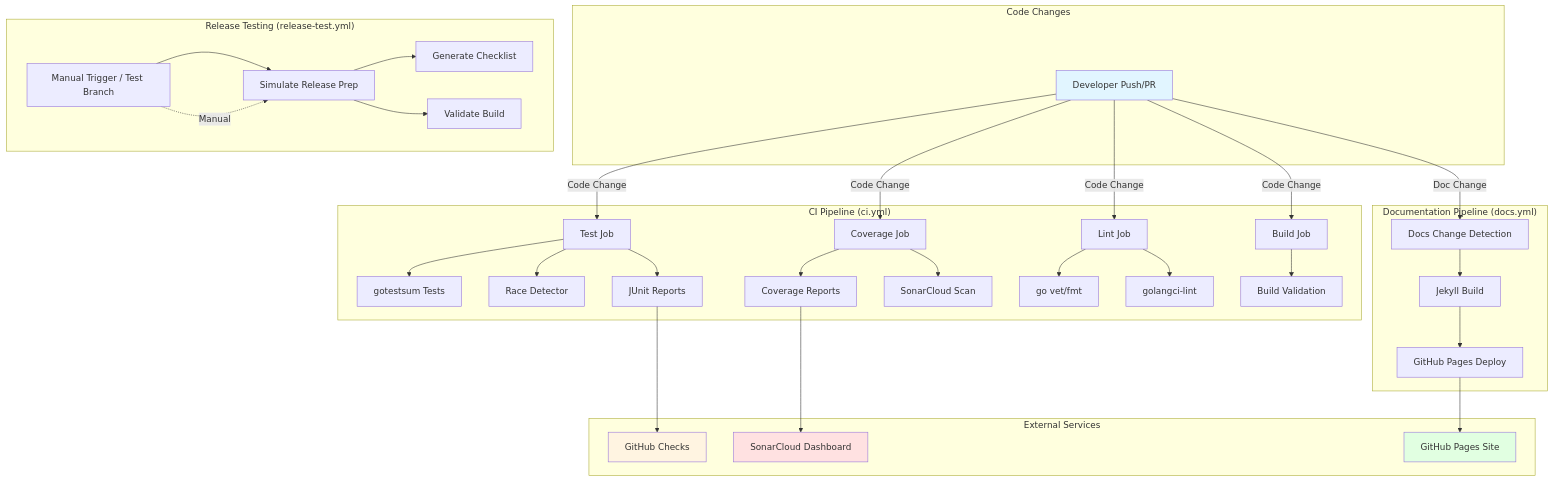
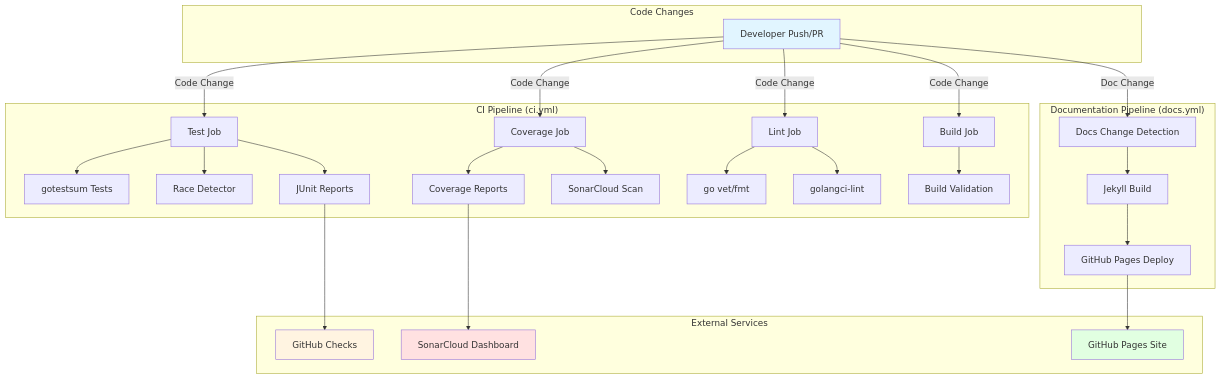
Before and after one commit to AltairaLabs/PromptKit: the first of 7 diagrams in docs/src/content/docs/devops/ci-cd-diagrams.md, drawn with Mermaid. The commit also changed other lines of this file and 149 other files, not shown here.

````diff
--- a/docs/src/content/docs/devops/ci-cd-diagrams.md
+++ b/docs/src/content/docs/devops/ci-cd-diagrams.md
@@ -9,62 +9,53 @@
 ```mermaid
 graph TB
     subgraph "Code Changes"
         A[Developer Push/PR]
     end
     
     subgraph "CI Pipeline (ci.yml)"
         B[Test Job]
         C[Coverage Job]
         D[Lint Job]
         E[Build Job]
         
         B --> F[gotestsum Tests]
         B --> G[Race Detector]
         B --> H[JUnit Reports]
         
         C --> I[Coverage Reports]
         C --> J[SonarCloud Scan]
         
         D --> K[go vet/fmt]
         D --> L[golangci-lint]
         
         E --> M[Build Validation]
     end
     
     subgraph "Documentation Pipeline (docs.yml)"
         N[Docs Change Detection]
         N --> O[Jekyll Build]
         O --> P[GitHub Pages Deploy]
     end
     
-    subgraph "Release Testing (release-test.yml)"
-        Q[Manual Trigger / Test Branch]
-        Q --> R[Simulate Release Prep]
-        R --> S[Generate Checklist]
-        R --> T[Validate Build]
-    end
-    
     subgraph "External Services"
         U[SonarCloud Dashboard]
         V[GitHub Pages Site]
         W[GitHub Checks]
     end
     
     A -->|Code Change| B
     A -->|Code Change| C
     A -->|Code Change| D
     A -->|Code Change| E
     
     A -->|Doc Change| N
     
-    Q -.Manual.-> R
-    
     H --> W
     I --> U
     P --> V
     
     style A fill:#e1f5ff
     style U fill:#ffe1e1
     style V fill:#e1ffe1
     style W fill:#fff4e1
 ```
````
